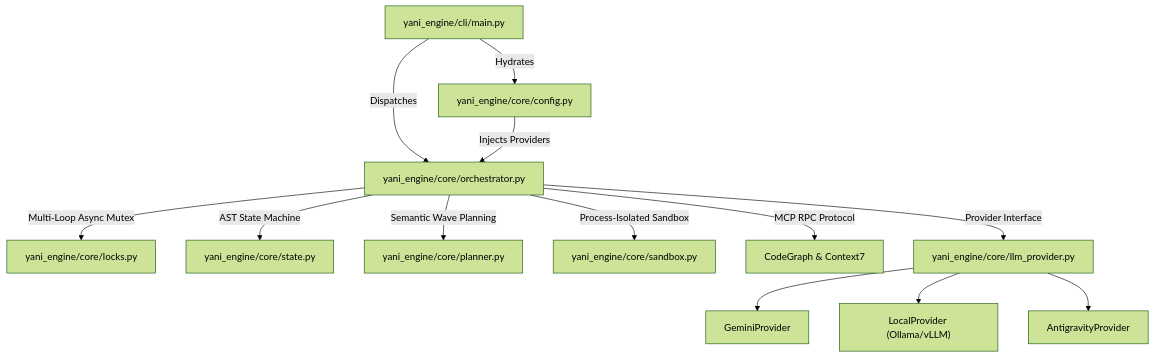
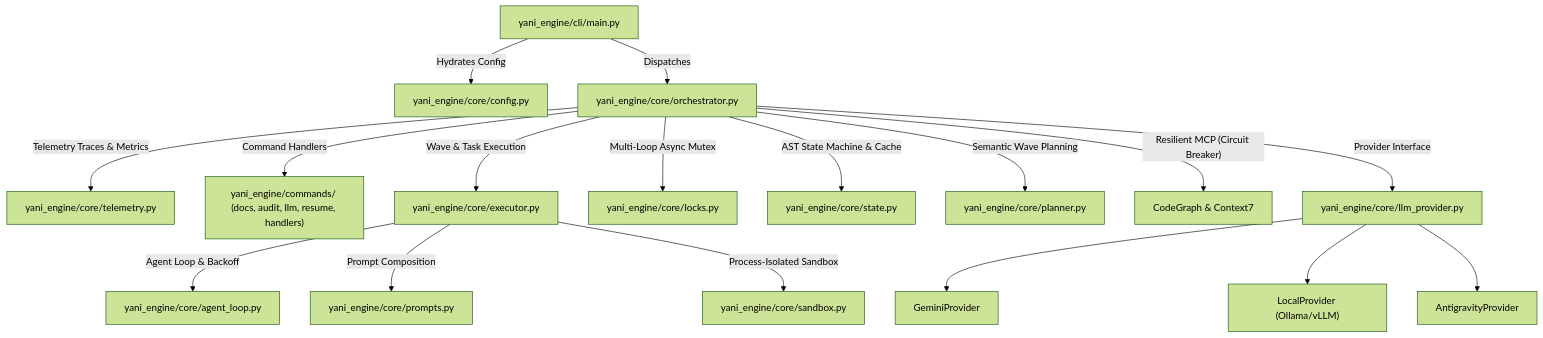
One commit to emmanuelol/yani-engine changed the third of 4 diagrams in README.md. Above: the diagram before and after it, drawn with Mermaid (forest theme). The commit also changed other lines of this file and 2 other files, not shown here.

Commit message:
docs: update architecture, telemetry, and CLI reference in README and docs

````diff
--- a/README.md
+++ b/README.md
@@ -166,19 +166,24 @@
 ```mermaid
 graph TD
-    CLI["yani_engine/cli/main.py"] -->|"Hydrates"| CFG["yani_engine/core/config.py"]
+    CLI["yani_engine/cli/main.py"] -->|"Hydrates Config"| CFG["yani_engine/core/config.py"]
     CLI -->|"Dispatches"| ORC["yani_engine/core/orchestrator.py"]
     
-    CFG -->|"Injects Providers"| ORC
+    ORC -->|"Telemetry Traces & Metrics"| TEL["yani_engine/core/telemetry.py"]
+    ORC -->|"Command Handlers"| CMD["yani_engine/commands/ (docs, audit, llm, resume, handlers)"]
+    ORC -->|"Wave & Task Execution"| EXE["yani_engine/core/executor.py"]
+    
+    EXE -->|"Agent Loop & Backoff"| AGT["yani_engine/core/agent_loop.py"]
+    EXE -->|"Prompt Composition"| PMT["yani_engine/core/prompts.py"]
+    EXE -->|"Process-Isolated Sandbox"| SB["yani_engine/core/sandbox.py"]
     
     ORC -->|"Multi-Loop Async Mutex"| LCK["yani_engine/core/locks.py"]
-    ORC -->|"AST State Machine"| ST["yani_engine/core/state.py"]
+    ORC -->|"AST State Machine & Cache"| ST["yani_engine/core/state.py"]
     ORC -->|"Semantic Wave Planning"| PL["yani_engine/core/planner.py"]
-    ORC -->|"Process-Isolated Sandbox"| SB["yani_engine/core/sandbox.py"]
     
-    ORC -->|"MCP RPC Protocol"| MCP["CodeGraph & Context7"]
+    ORC -->|"Resilient MCP (Circuit Breaker)"| MCP["CodeGraph & Context7"]
     ORC -->|"Provider Interface"| LLM["yani_engine/core/llm_provider.py"]
     
     LLM --> Gemini["GeminiProvider"]
     LLM --> Local["LocalProvider (Ollama/vLLM)"]
     LLM --> Agy["AntigravityProvider"]
 ```
````
